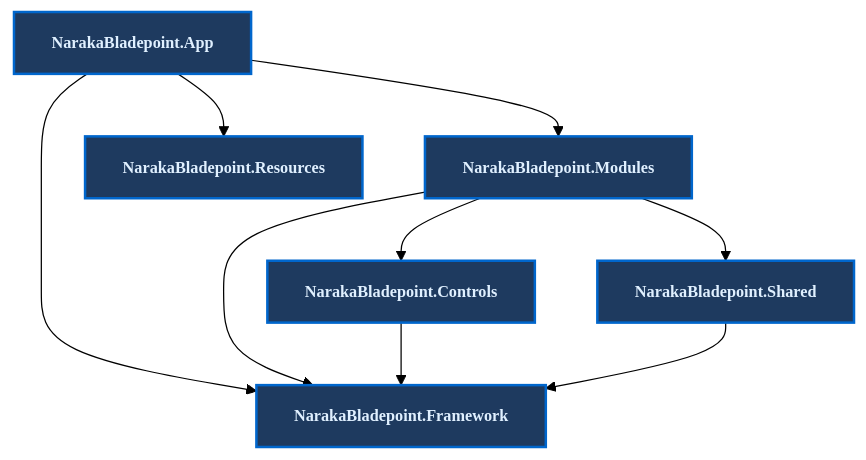
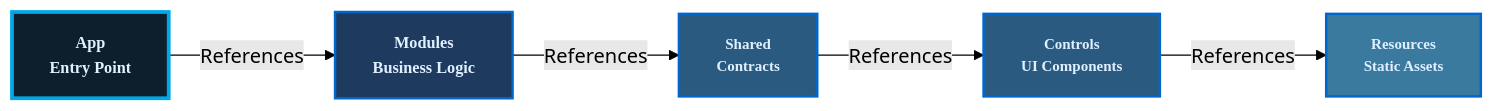
The diagram in README-en.md (ViewSuSu/NarakaBladepoint-WPF), drawn with Mermaid (forest theme) before and after one commit. The commit also changed other lines of this file and 4 other files, not shown here.

````diff
--- a/README-en.md
+++ b/README-en.md
@@ -92,20 +92,19 @@
 ```mermaid
-graph TD
-    App[NarakaBladepoint.App] --> Modules[NarakaBladepoint.Modules]
-    App --> Framework[NarakaBladepoint.Framework]
-    App --> Resources[NarakaBladepoint.Resources]
+graph LR
+    App["<b>App</b><br/>Entry Point"]
+    Modules["<b>Modules</b><br/>Business Logic"]
+    Shared["<b>Shared</b><br/>Contracts"]
+    Controls["<b>Controls</b><br/>UI Components"]
+    Resources["<b>Resources</b><br/>Static Assets"]
     
-    Modules --> Framework
-    Modules --> Controls[NarakaBladepoint.Controls]
-    Modules --> Shared[NarakaBladepoint.Shared]
+    App -->|References| Modules
+    Modules -->|References| Shared
+    Shared -->|References| Controls
+    Controls -->|References| Resources
     
-    Controls --> Framework
-    Shared --> Framework
-    
-    style App fill:#1e3a5f,stroke:#0066cc,stroke-width:2px,color:#e0f0ff,font-family:Monaco,font-size:13px,font-weight:bold
+    style App fill:#0d1f2d,stroke:#00a8e8,stroke-width:3px,color:#e0f0ff,font-family:Monaco,font-size:13px,font-weight:bold
     style Modules fill:#1e3a5f,stroke:#0066cc,stroke-width:2px,color:#e0f0ff,font-family:Monaco,font-size:13px,font-weight:bold
-    style Framework fill:#1e3a5f,stroke:#0066cc,stroke-width:2px,color:#e0f0ff,font-family:Monaco,font-size:13px,font-weight:bold
-    style Resources fill:#1e3a5f,stroke:#0066cc,stroke-width:2px,color:#e0f0ff,font-family:Monaco,font-size:13px,font-weight:bold
-    style Controls fill:#1e3a5f,stroke:#0066cc,stroke-width:2px,color:#e0f0ff,font-family:Monaco,font-size:13px,font-weight:bold
-    style Shared fill:#1e3a5f,stroke:#0066cc,stroke-width:2px,color:#e0f0ff,font-family:Monaco,font-size:13px,font-weight:bold
+    style Shared fill:#2a5a7f,stroke:#0066cc,stroke-width:2px,color:#e0f0ff,font-family:Monaco,font-size:12px,font-weight:bold
+    style Controls fill:#2a5a7f,stroke:#0066cc,stroke-width:2px,color:#e0f0ff,font-family:Monaco,font-size:12px,font-weight:bold
+    style Resources fill:#3a7a9f,stroke:#0066cc,stroke-width:2px,color:#e0f0ff,font-family:Monaco,font-size:12px,font-weight:bold
 ```
````
